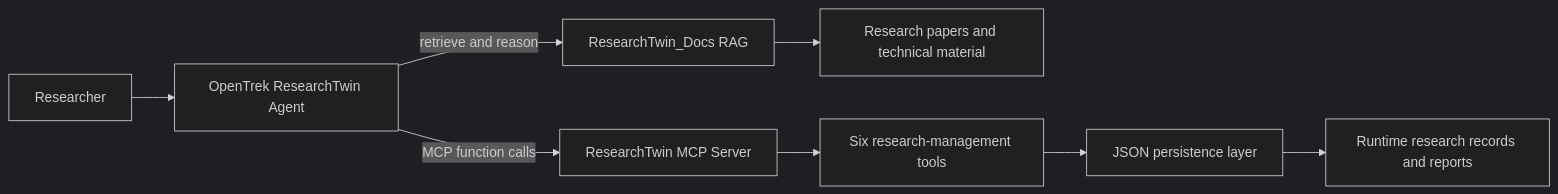
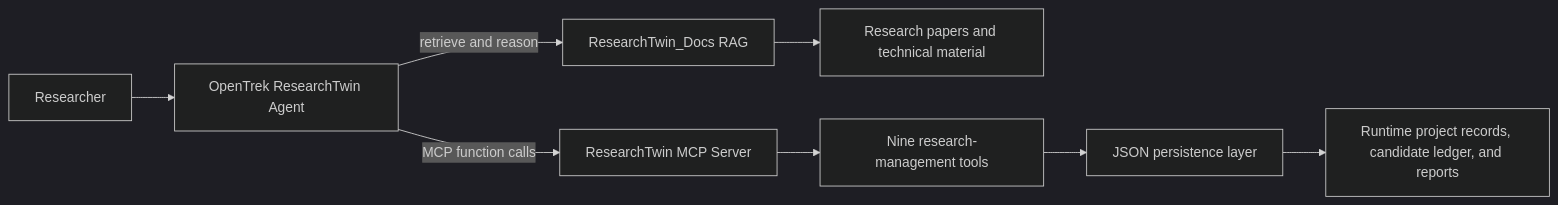
The diagram in README.md (sevenboom77/ResearchTwin-MCP-Server), drawn with Mermaid (dark theme) before and after one commit. The commit also changed other lines of this file and 18 other files, not shown here.

```diff
--- a/README.md
+++ b/README.md
@@ -34,10 +44,10 @@
 ~~~mermaid
 flowchart LR
     U[Researcher] --> A[OpenTrek ResearchTwin Agent]
     A -->|retrieve and reason| R[ResearchTwin_Docs RAG]
     R --> K[Research papers and technical material]
     A -->|MCP function calls| M[ResearchTwin MCP Server]
-    M --> T[Six research-management tools]
+    M --> T[Nine research-management tools]
     T --> S[JSON persistence layer]
-    S --> D[Runtime research records and reports]
+    S --> D[Runtime project records, candidate ledger, and reports]
 ~~~
```
